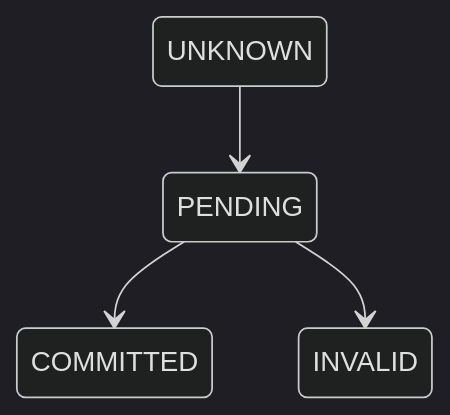
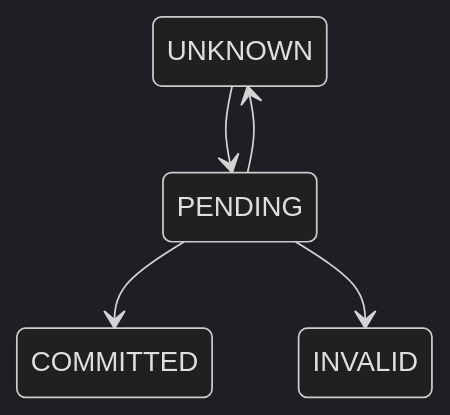
The diagram in doc/use_apps/verify_tx.rst (microsoft/CCF), drawn with Mermaid (dark theme) before and after one commit. The commit also changed other lines of this file, not shown here.

```diff
--- a/doc/use_apps/verify_tx.rst
+++ b/doc/use_apps/verify_tx.rst
@@ -35,6 +35,7 @@
 .. mermaid::
 
     stateDiagram
         UNKNOWN --> PENDING
+        PENDING --> UNKNOWN
         PENDING --> COMMITTED
         PENDING --> INVALID
```
